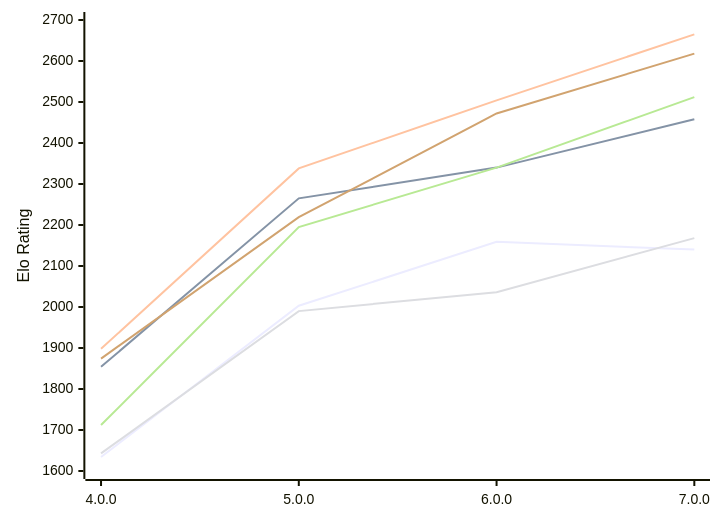
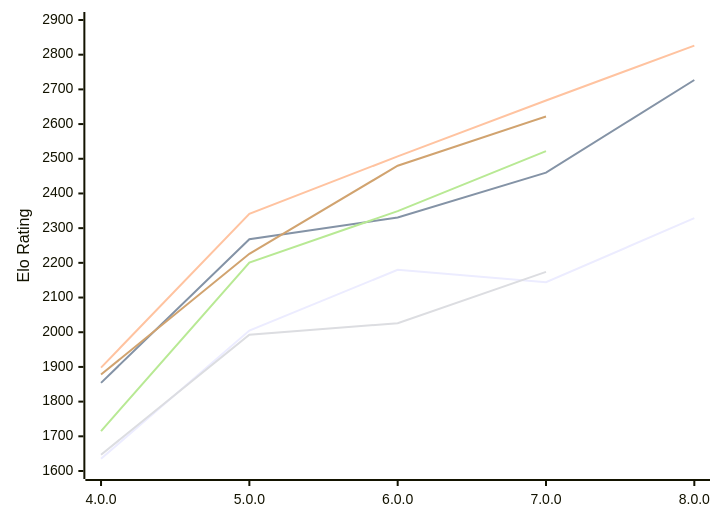
Before and after one commit to computer-chess-index/cci: the first of 2 diagrams in engines/Laura.md, drawn with Mermaid. The commit also changed other lines of this file, not shown here.

Commit message:
Update CCI Ratings (ELO VLTC) - 2026-11-25

````diff
--- a/engines/Laura.md
+++ b/engines/Laura.md
@@ -56,12 +57,12 @@
 ```mermaid
 %%{init: {"theme":"base","themeVariables":{"seriesColors:['#a3a3a3','#222221','#faa371']}}}%%
 xychart-beta
-  x-axis ["4.0.0", "5.0.0", "6.0.0", "7.0.0"]
-  y-axis "Elo Rating" 1600 --> 2700
-  line "E1: STC (8.0+0.08s)" [1634, 2003, 2159, 2140]
-  line "E1: LTC (60.0+0.60s)" [1854, 2265, 2340, 2458]
-  line "E1: VLTC (2m24s+1.12s)" [1898, 2338, 2504, 2665]
-  line "P1: STC (8.0+0.08s)" [1643, 1990, 2036, 2168]
-  line "P1: LTC (60.0+0.60s)" [1712, 2195, 2340, 2512]
-  line "P1: VLTC (2m24s+1.12s)" [1874, 2219, 2472, 2618]
+  x-axis ["4.0.0", "5.0.0", "6.0.0", "7.0.0", "8.0.0"]
+  y-axis "Elo Rating" 1600 --> 2900
+  line "E1: STC (8.0+0.08s)" [1635, 2005, 2180, 2144, 2329]
+  line "E1: LTC (60.0+0.60s)" [1854, 2268, 2331, 2460, 2727]
+  line "E1: VLTC (2m24s+1.12s)" [1898, 2341, 2507, 2668, 2826]
+  line "P1: STC (8.0+0.08s)" [1647, 1993, 2026, 2174]
+  line "P1: LTC (60.0+0.60s)" [1715, 2201, 2349, 2522]
+  line "P1: VLTC (2m24s+1.12s)" [1878, 2226, 2480, 2622]
 ```
````
